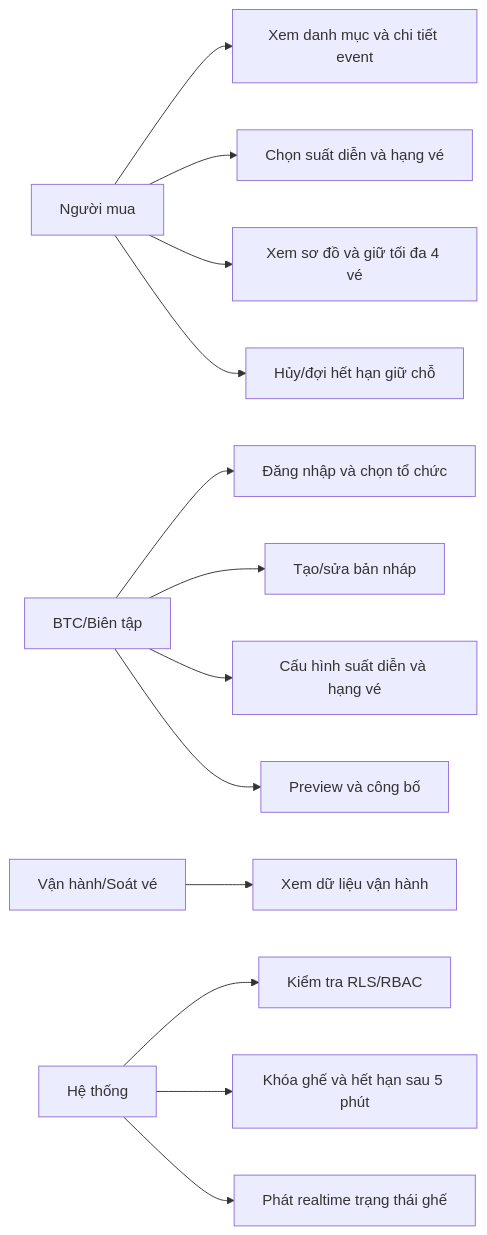
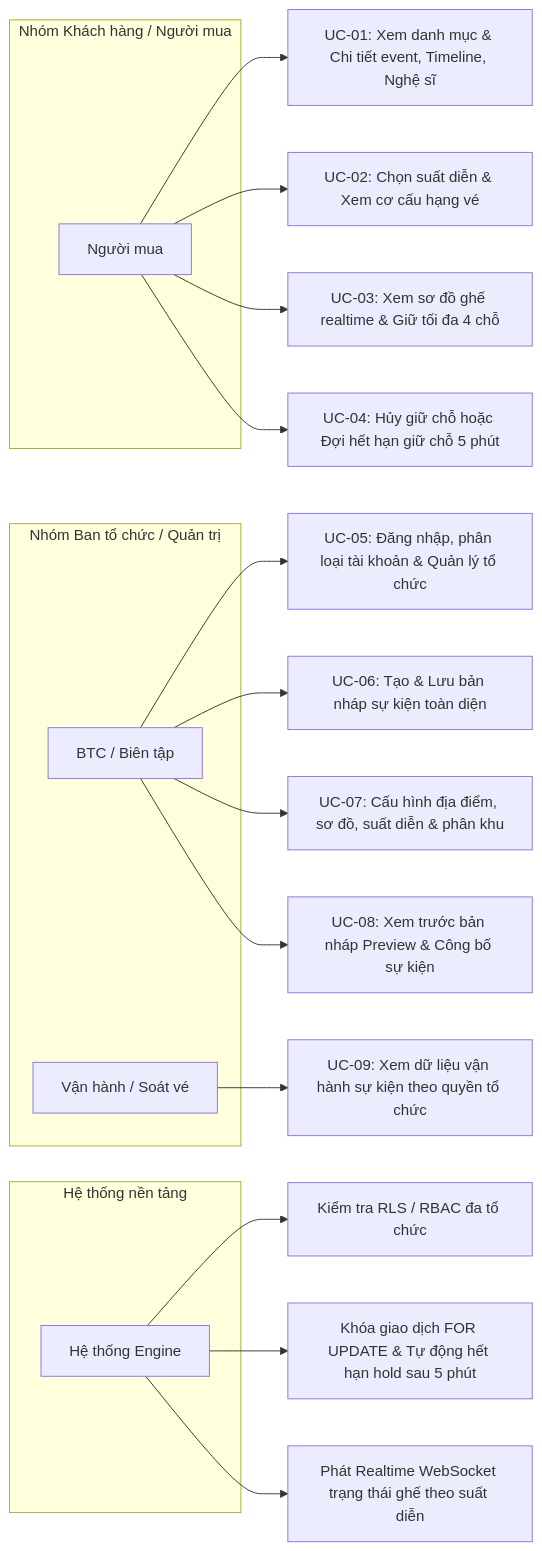
One commit to minhdc2011/EVENTTICKETING changed the first of 11 diagrams in docs/sprint1-deliverables/02_ANALYSIS_AND_SYSTEM_DESIGN.md. Above: the diagram before and after it, drawn with Mermaid. The commit also changed other lines of this file and 5 other files, not shown here.

First line of the commit message:
docs: enrich 14-table ERD with 3 relationship types, 3 notes, class diagram and 4-way traceability matrix

````diff
--- a/docs/sprint1-deliverables/02_ANALYSIS_AND_SYSTEM_DESIGN.md
+++ b/docs/sprint1-deliverables/02_ANALYSIS_AND_SYSTEM_DESIGN.md
@@ -5,15 +7,29 @@
 ```mermaid
 flowchart LR
-  U[Người mua] --> UC1[Xem danh mục và chi tiết event]
-  U --> UC2[Chọn suất diễn và hạng vé]
-  U --> UC3[Xem sơ đồ và giữ tối đa 4 vé]
-  U --> UC4[Hủy/đợi hết hạn giữ chỗ]
-  O[BTC/Biên tập] --> OC1[Đăng nhập và chọn tổ chức]
-  O --> OC2[Tạo/sửa bản nháp]
-  O --> OC3[Cấu hình suất diễn và hạng vé]
-  O --> OC4[Preview và công bố]
-  V[Vận hành/Soát vé] --> OC5[Xem dữ liệu vận hành]
-  S[Hệ thống] --> SC1[Kiểm tra RLS/RBAC]
-  S --> SC2[Khóa ghế và hết hạn sau 5 phút]
-  S --> SC3[Phát realtime trạng thái ghế]
+  subgraph Buyers[Nhóm Khách hàng / Người mua]
+    U[Người mua]
+  end
+  subgraph Organizers[Nhóm Ban tổ chức / Quản trị]
+    O[BTC / Biên tập]
+    V[Vận hành / Soát vé]
+  end
+  subgraph SystemPlatform[Hệ thống nền tảng]
+    S[Hệ thống Engine]
+  end
+
+  U --> UC1[UC-01: Xem danh mục & Chi tiết event, Timeline, Nghệ sĩ]
+  U --> UC2[UC-02: Chọn suất diễn & Xem cơ cấu hạng vé]
+  U --> UC3[UC-03: Xem sơ đồ ghế realtime & Giữ tối đa 4 chỗ]
+  U --> UC4[UC-04: Hủy giữ chỗ hoặc Đợi hết hạn giữ chỗ 5 phút]
+
+  O --> OC1[UC-05: Đăng nhập, phân loại tài khoản & Quản lý tổ chức]
+  O --> OC2[UC-06: Tạo & Lưu bản nháp sự kiện toàn diện]
+  O --> OC3[UC-07: Cấu hình địa điểm, sơ đồ, suất diễn & phân khu]
+  O --> OC4[UC-08: Xem trước bản nháp Preview & Công bố sự kiện]
+
+  V --> OC5[UC-09: Xem dữ liệu vận hành sự kiện theo quyền tổ chức]
+
+  S --> SC1[Kiểm tra RLS / RBAC đa tổ chức]
+  S --> SC2[Khóa giao dịch FOR UPDATE & Tự động hết hạn hold sau 5 phút]
+  S --> SC3[Phát Realtime WebSocket trạng thái ghế theo suất diễn]
 ```
````
